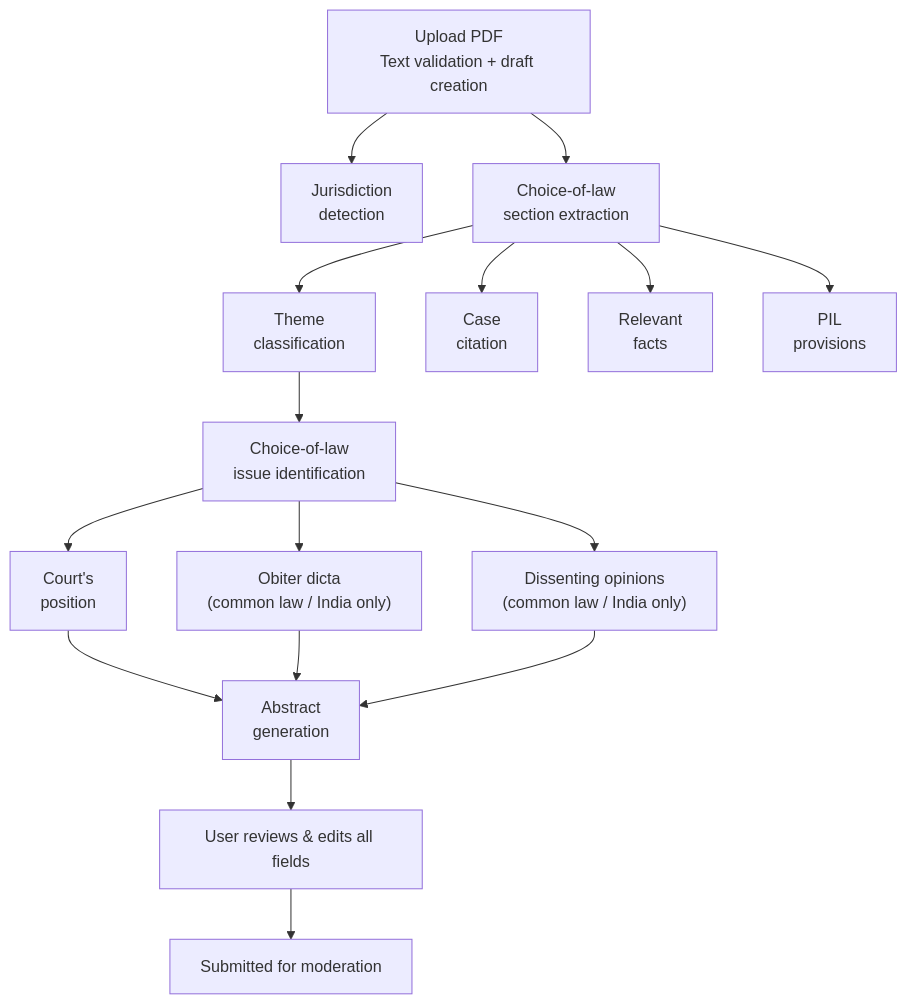
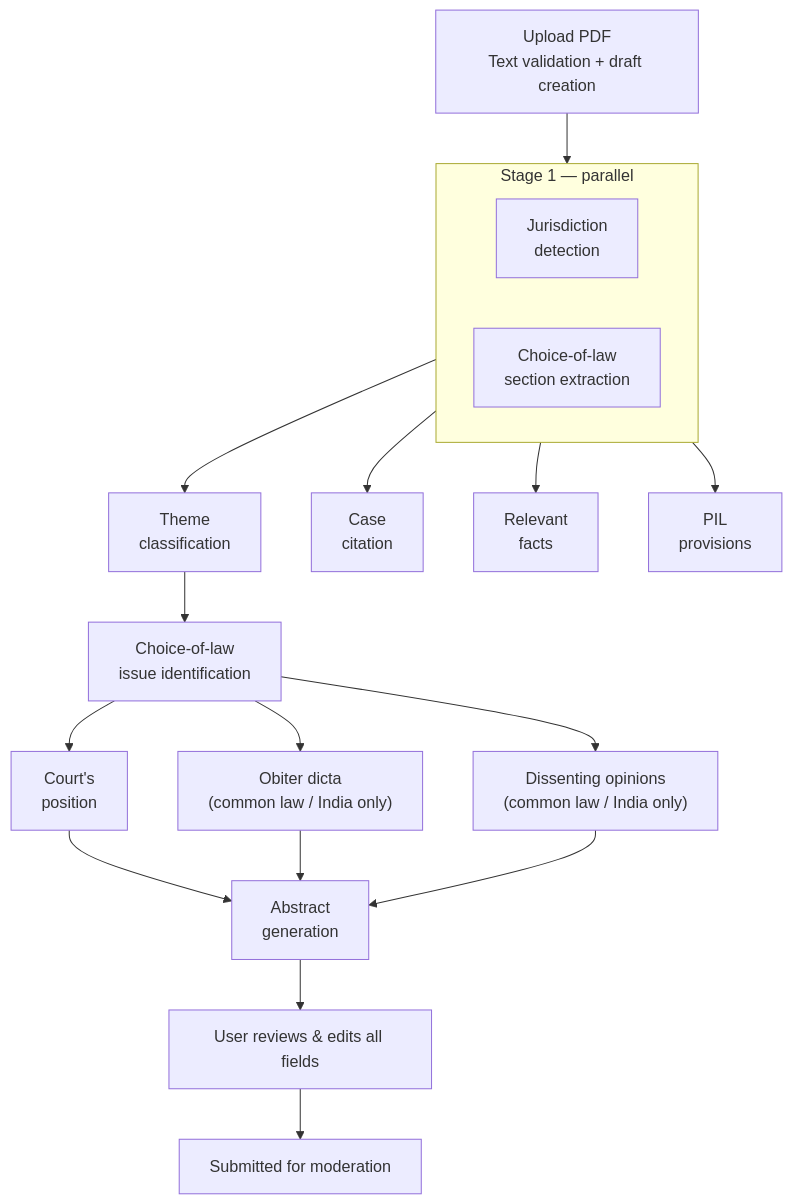
The second of 2 diagrams in README.md (Choice-of-Law-Dataverse/cold-web-app), drawn with Mermaid before and after one commit. The commit also changed other lines of this file, not shown here.

Commit message:
docs: clarify jurisdiction is a stage-1 input to every later step
The Stage 2 mermaid diagram showed Jurisdiction and CoL as separate
roots with no outgoing arrows from Jurisdiction, which read as if the
detected jurisdiction never flowed into the downstream extractors.

Wrap both stage-1 nodes in a Stage1 subgraph and route the fan-out
from the subgraph itself, so the join semantics are visible: every
downstream extractor depends on both stage-1 outputs. Add a paragraph
calling out the dual dependency — jurisdiction selects the prompt
variant and gates obiter/dissent for common-law/Indian decisions.

````diff
--- a/README.md
+++ b/README.md
@@ -91,23 +91,30 @@
 ```mermaid
 flowchart TD
-    Upload["Upload PDF\nText validation + draft creation"] --> Stage1Jur["Jurisdiction\ndetection"]
-    Upload --> Stage1CoL["Choice-of-law\nsection extraction"]
+    Upload["Upload PDF\nText validation + draft creation"]
 
-    Stage1CoL --> Themes["Theme\nclassification"]
-    Stage1CoL --> Citation["Case\ncitation"]
-    Stage1CoL --> Facts["Relevant\nfacts"]
-    Stage1CoL --> PIL["PIL\nprovisions"]
+    subgraph Stage1 [Stage 1 — parallel]
+        direction LR
+        Jur["Jurisdiction\ndetection"]
+        CoL["Choice-of-law\nsection extraction"]
+    end
+
+    Upload --> Stage1
+
+    Stage1 --> Themes["Theme\nclassification"]
+    Stage1 --> Citation["Case\ncitation"]
+    Stage1 --> Facts["Relevant\nfacts"]
+    Stage1 --> PIL["PIL\nprovisions"]
 
     Themes --> Issue["Choice-of-law\nissue identification"]
 
     Issue --> Position["Court's\nposition"]
     Issue --> Obiter["Obiter dicta\n(common law / India only)"]
     Issue --> Dissent["Dissenting opinions\n(common law / India only)"]
 
     Position --> Abstract["Abstract\ngeneration"]
     Obiter --> Abstract
     Dissent --> Abstract
 
     Abstract --> Review["User reviews & edits all fields"]
     Review --> Submit["Submitted for moderation"]
 ```
````
